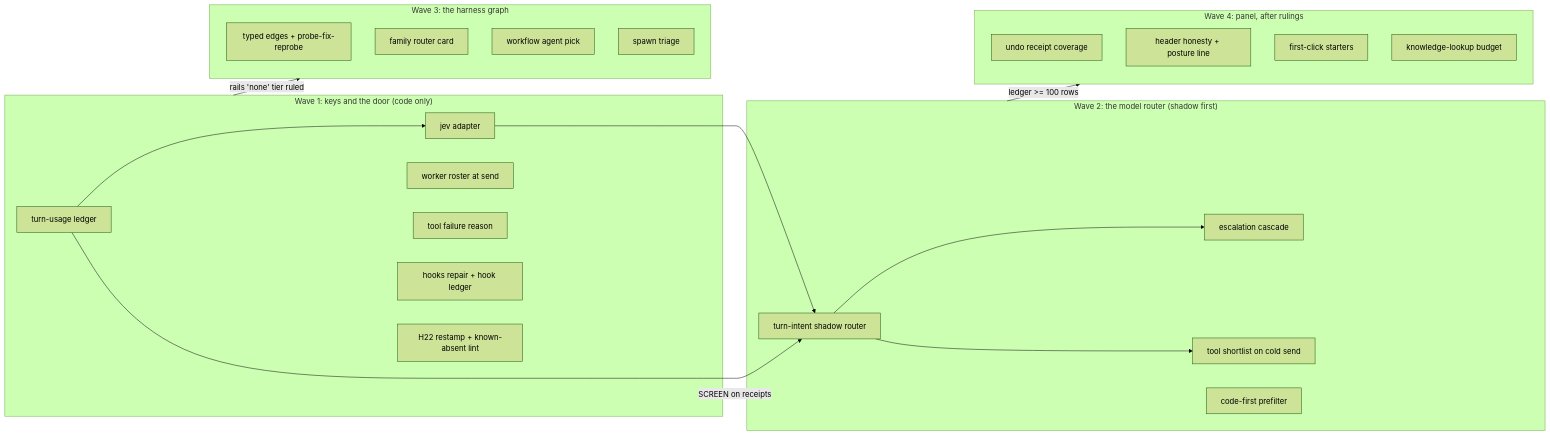
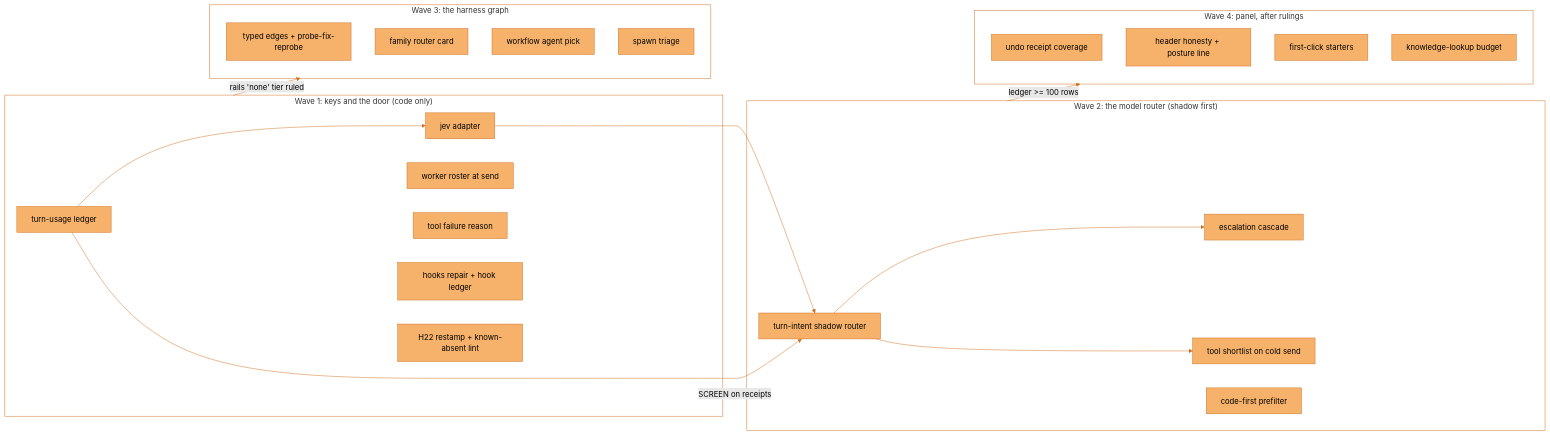
Before and after one commit to JosephOIbrahim/Synapse: the diagram in docs/reviews/synapse-improvement-scout-2026-09-21.md, drawn with Mermaid (forest theme). The commit also changed 9 other files, not shown here.

````diff
--- a/docs/reviews/synapse-improvement-scout-2026-09-21.md
+++ b/docs/reviews/synapse-improvement-scout-2026-09-21.md
@@ -208,32 +208,38 @@
 ```mermaid
 flowchart LR
     subgraph W1["Wave 1: keys and the door (code only)"]
         L[turn-usage ledger] --> A[jev adapter]
         R[worker roster at send]
         F[tool failure reason]
         H[hooks repair + hook ledger]
         S[H22 restamp + known-absent lint]
     end
     subgraph W2["Wave 2: the model router (shadow first)"]
         A --> I[turn-intent shadow router]
         L --> I
         I --> C[escalation cascade]
         I --> T[tool shortlist on cold send]
         P[code-first prefilter]
     end
     subgraph W3["Wave 3: the harness graph"]
         E[typed edges + probe-fix-reprobe]
         G[family router card]
         K[workflow agent pick]
         Q[spawn triage]
     end
     subgraph W4["Wave 4: panel, after rulings"]
         U[undo receipt coverage]
         HD[header honesty + posture line]
         ST[first-click starters]
         KL[knowledge-lookup budget]
     end
     W1 -->|"SCREEN on receipts"| W2
     W1 -->|"rails 'none' tier ruled"| W3
     W2 -->|"ledger >= 100 rows"| W4
+    classDef default fill:#F6B26B,stroke:#D07020,color:#000000
+    linkStyle default stroke:#D07020
+    style W1 fill:none,stroke:#D07020
+    style W2 fill:none,stroke:#D07020
+    style W3 fill:none,stroke:#D07020
+    style W4 fill:none,stroke:#D07020
 ```
````
